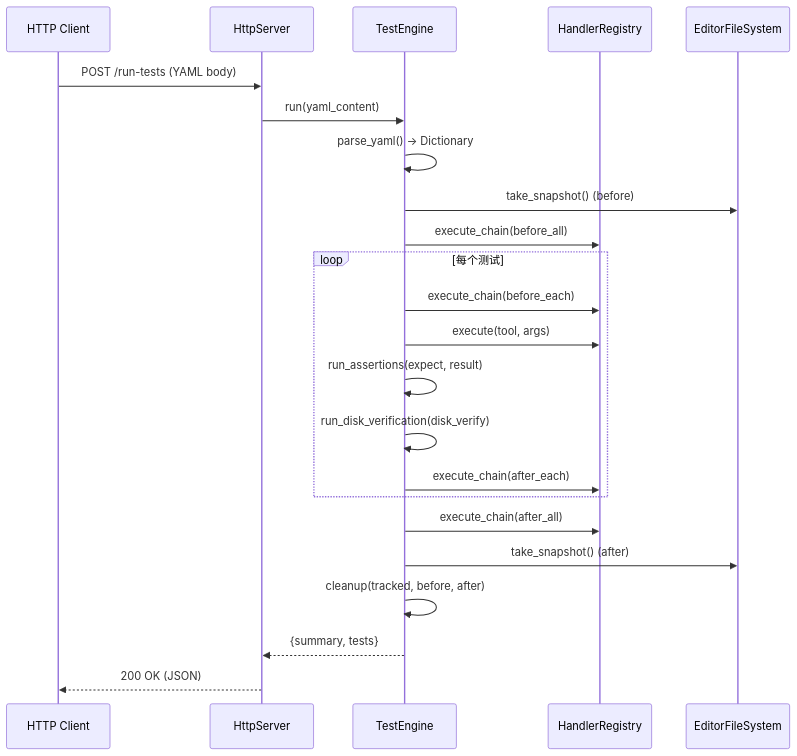
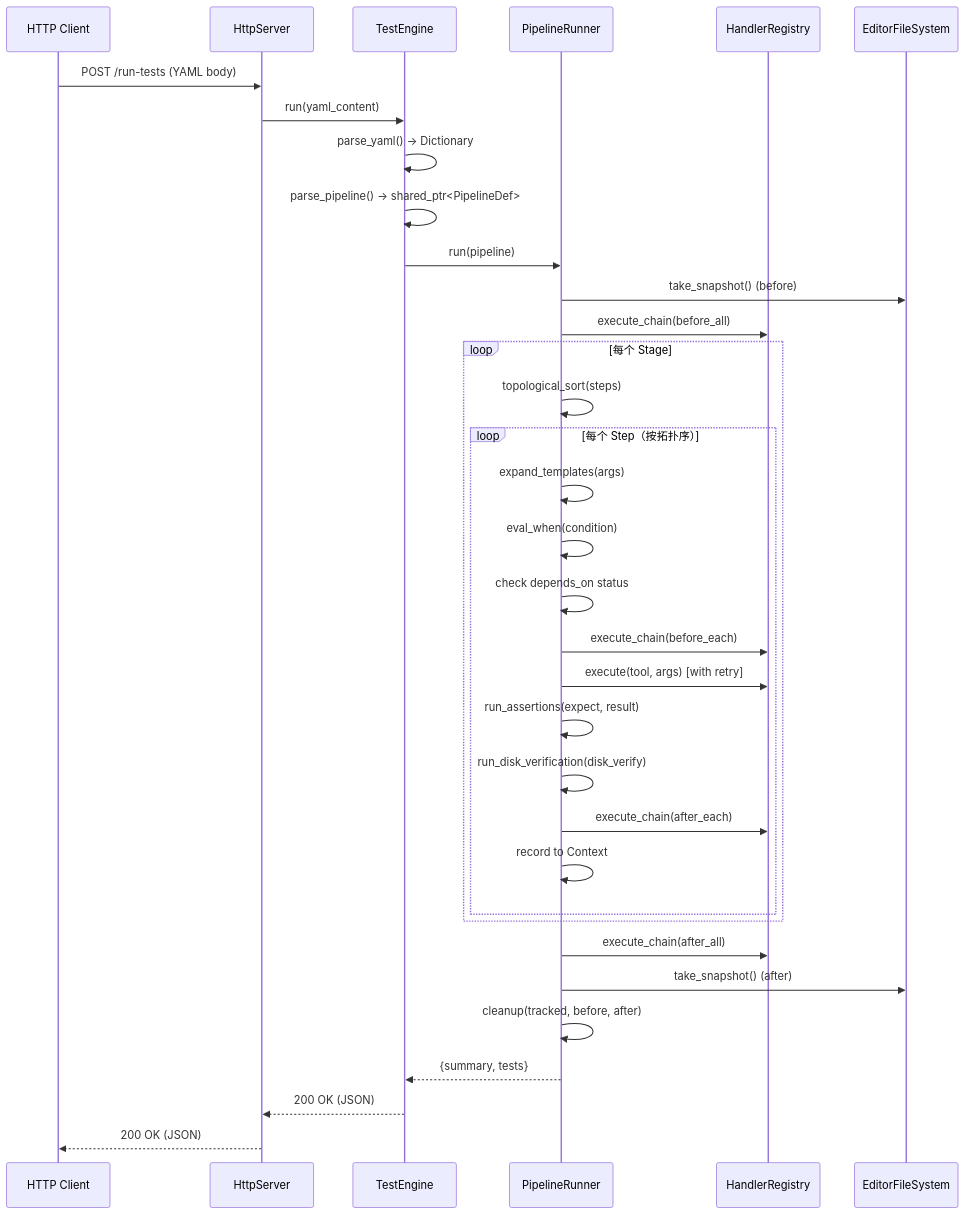
One commit to jesspig/GodotMCP-GDExtension changed the second of 3 diagrams in .repo_wiki/testing/test-engine.md. Above: the diagram before and after it, drawn with Mermaid. The commit also changed other lines of this file and 27 other files, not shown here.

First line of the commit message:
docs+test: 重构规划文档 + test-engine.md 更新 + YAML 25 文件迁移到 pipeline schema

````diff
--- a/.repo_wiki/testing/test-engine.md
+++ b/.repo_wiki/testing/test-engine.md
@@ -64,26 +112,37 @@
 ```mermaid
 sequenceDiagram
     participant C as HTTP Client
     participant H as HttpServer
     participant E as TestEngine
+    participant P as PipelineRunner
     participant R as HandlerRegistry
     participant FS as EditorFileSystem
 
     C->>H: POST /run-tests (YAML body)
     H->>E: run(yaml_content)
     E->>E: parse_yaml() → Dictionary
-    E->>FS: take_snapshot() (before)
-    E->>R: execute_chain(before_all)
-    loop 每个测试
-        E->>R: execute_chain(before_each)
-        E->>R: execute(tool, args)
-        E->>E: run_assertions(expect, result)
-        E->>E: run_disk_verification(disk_verify)
-        E->>R: execute_chain(after_each)
+    E->>E: parse_pipeline() → shared_ptr<PipelineDef>
+    E->>P: run(pipeline)
+    P->>FS: take_snapshot() (before)
+    P->>R: execute_chain(before_all)
+    loop 每个 Stage
+        P->>P: topological_sort(steps)
+        loop 每个 Step（按拓扑序）
+            P->>P: expand_templates(args)
+            P->>P: eval_when(condition)
+            P->>P: check depends_on status
+            P->>R: execute_chain(before_each)
+            P->>R: execute(tool, args) [with retry]
+            P->>P: run_assertions(expect, result)
+            P->>P: run_disk_verification(disk_verify)
+            P->>R: execute_chain(after_each)
+            P->>P: record to Context
+        end
     end
-    E->>R: execute_chain(after_all)
-    E->>FS: take_snapshot() (after)
-    E->>E: cleanup(tracked, before, after)
-    E-->>H: {summary, tests}
+    P->>R: execute_chain(after_all)
+    P->>FS: take_snapshot() (after)
+    P->>P: cleanup(tracked, before, after)
+    P-->>E: {summary, tests}
+    E-->>H: 200 OK (JSON)
     H-->>C: 200 OK (JSON)
 ```
````
